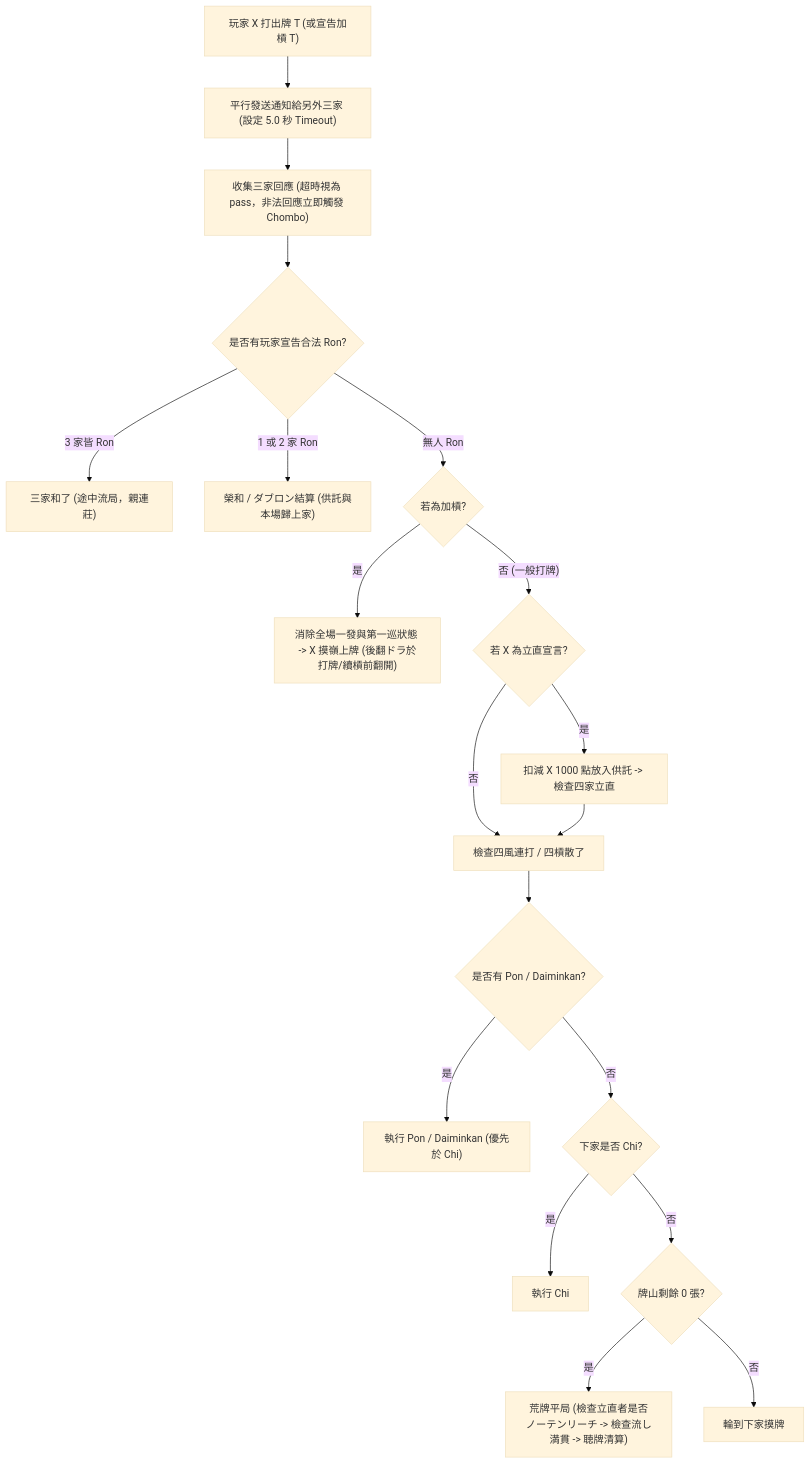
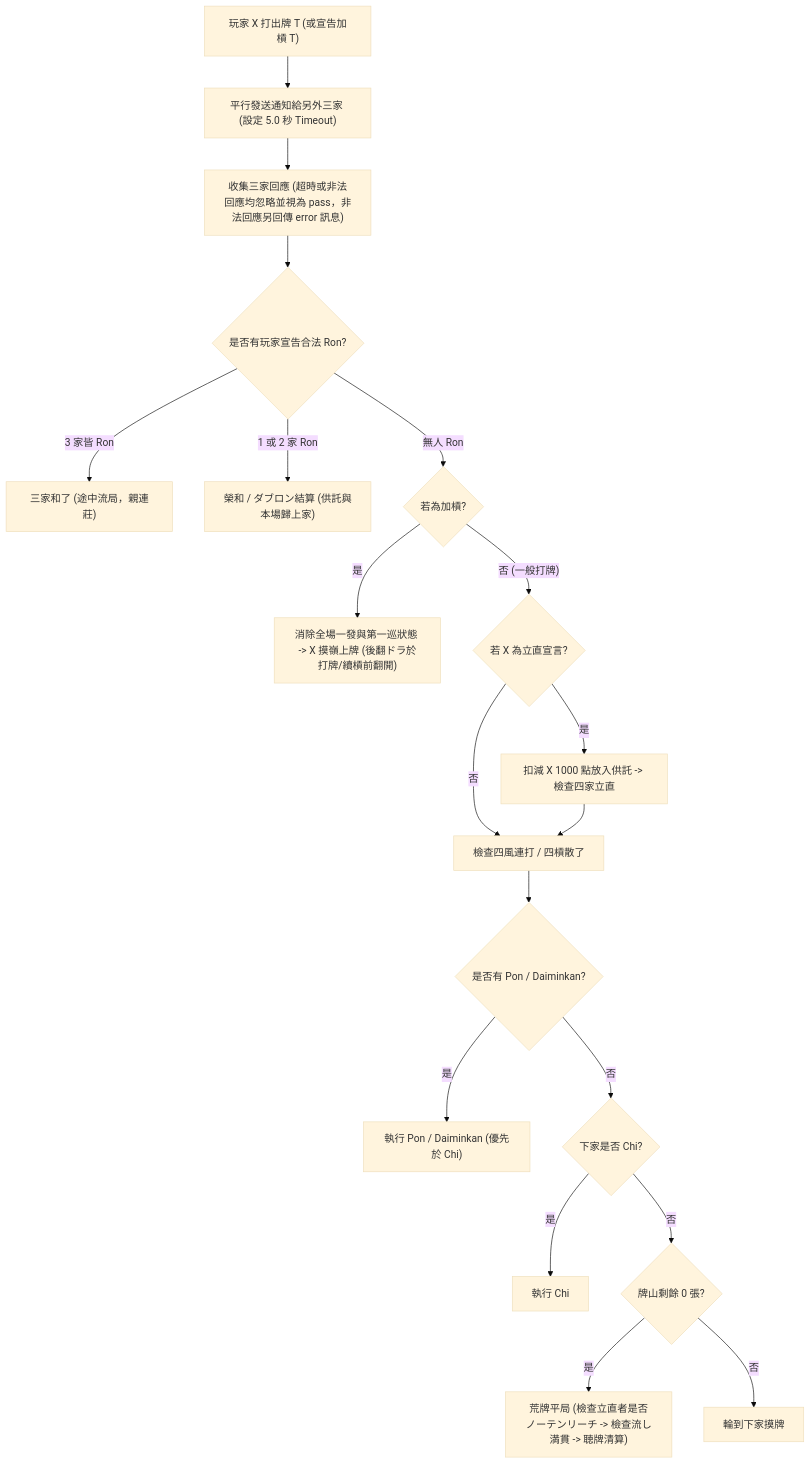
The diagram in DESIGN.md (p9n/mj-arena), drawn with Mermaid (base theme) before and after one commit. The commit also changed other lines of this file and 8 other files, not shown here.

Commit message:
Ignore illegal client operations with error message and keep Noten Riichi as only Chombo

````diff
--- a/DESIGN.md
+++ b/DESIGN.md
@@ -250,21 +250,21 @@
 ```mermaid
 flowchart TD
     A["玩家 X 打出牌 T (或宣告加槓 T)"] --> B["平行發送通知給另外三家 (設定 5.0 秒 Timeout)"]
-    B --> C["收集三家回應 (超時視為 pass，非法回應立即觸發 Chombo)"]
+    B --> C["收集三家回應 (超時或非法回應均忽略並視為 pass，非法回應另回傳 error 訊息)"]
     C --> D{"是否有玩家宣告合法 Ron?"}
     D -- "3 家皆 Ron" --> E["三家和了 (途中流局，親連莊)"]
     D -- "1 或 2 家 Ron" --> F["榮和 / ダブロン結算 (供託與本場歸上家)"]
     D -- "無人 Ron" --> G{"若為加槓?"}
     G -- "是" --> H["消除全場一發與第一巡狀態 -> X 摸嶺上牌 (後翻ドラ於打牌/續槓前翻開)"]
     G -- "否 (一般打牌)" --> I{"若 X 為立直宣言?"}
     I -- "是" --> J["扣減 X 1000 點放入供託 -> 檢查四家立直"]
     I -- "否" --> K["檢查四風連打 / 四槓散了"]
     J --> K
     K --> L{"是否有 Pon / Daiminkan?"}
     L -- "是" --> M["執行 Pon / Daiminkan (優先於 Chi)"]
     L -- "否" --> N{"下家是否 Chi?"}
     N -- "是" --> O["執行 Chi"]
     N -- "否" --> P{"牌山剩餘 0 張?"}
     P -- "是" --> Q["荒牌平局 (檢查立直者是否ノーテンリーチ -> 檢查流し満貫 -> 聴牌清算)"]
     P -- "否" --> R["輪到下家摸牌"]
 ```
````
